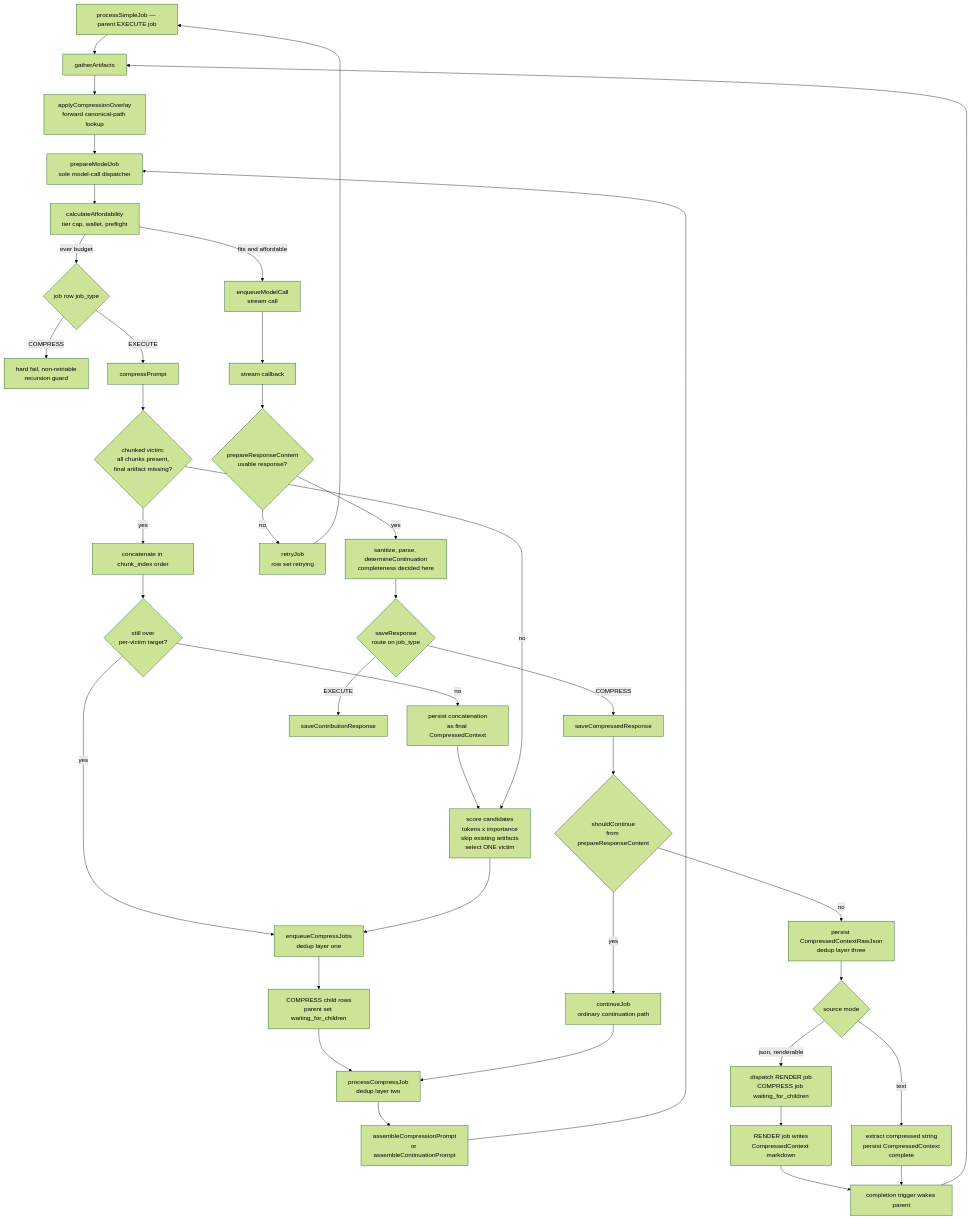
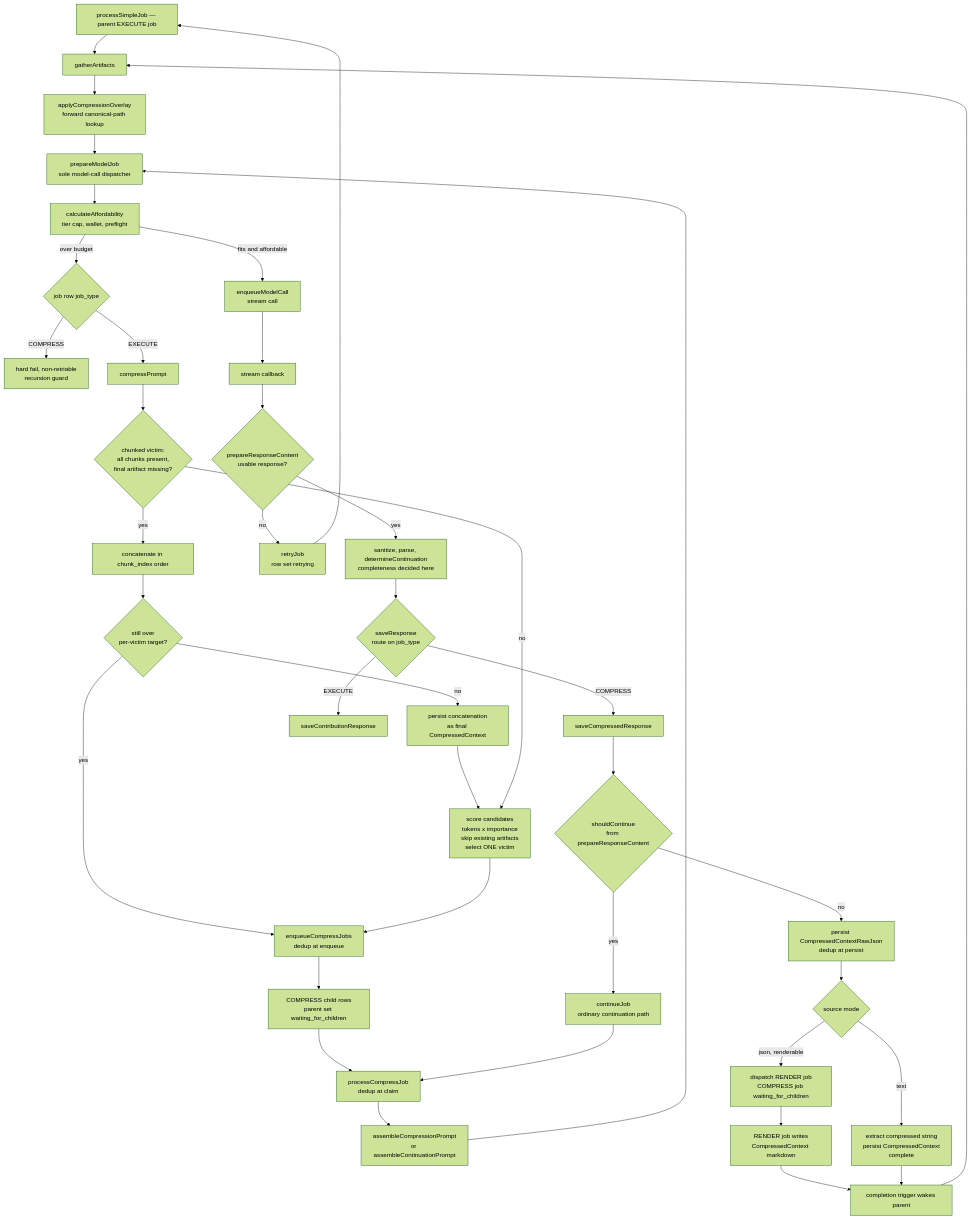
One commit to tsylvester/paynless-framework changed the diagram in docs/implementations/Current/Checklists/Current/Compression Jobs Scope.md. Above: the diagram before and after it, drawn with Mermaid (forest theme). The commit also changed other lines of this file and 15 other files, not shown here.

Commit message:
refactor(dialectic-worker) lift continueJob to a compliant module and land its two-arm return

````diff
--- a/docs/implementations/Current/Checklists/Current/Compression Jobs Scope.md
+++ b/docs/implementations/Current/Checklists/Current/Compression Jobs Scope.md
@@ -5,42 +5,42 @@
 ```mermaid
 flowchart TD
     A["processSimpleJob — parent EXECUTE job"] --> B["gatherArtifacts"]
     B --> C["applyCompressionOverlay<br/>forward canonical-path lookup"]
     C --> D["prepareModelJob<br/>sole model-call dispatcher"]
     D --> E["calculateAffordability<br/>tier cap, wallet, preflight"]
     E -->|fits and affordable| F["enqueueModelCall<br/>stream call"]
     E -->|over budget| G{"job row job_type"}
     G -->|COMPRESS| H["hard fail, non-retriable<br/>recursion guard"]
     G -->|EXECUTE| I["compressPrompt"]
     I --> J{"chunked victim:<br/>all chunks present,<br/>final artifact missing?"}
     J -->|yes| K["concatenate in chunk_index order"]
     K --> L{"still over<br/>per-victim target?"}
     L -->|no| M["persist concatenation<br/>as final CompressedContext"]
     M --> N
     L -->|yes| O
     J -->|no| N["score candidates<br/>tokens x importance<br/>skip existing artifacts<br/>select ONE victim"]
-    N --> O["enqueueCompressJobs<br/>dedup layer one"]
+    N --> O["enqueueCompressJobs<br/>dedup at enqueue"]
     O --> P["COMPRESS child rows<br/>parent set waiting_for_children"]
-    P --> Q["processCompressJob<br/>dedup layer two"]
+    P --> Q["processCompressJob<br/>dedup at claim"]
     Q --> R["assembleCompressionPrompt<br/>or assembleContinuationPrompt"]
     R --> D
     F --> S["stream callback"]
     S --> AE{"prepareResponseContent<br/>usable response?"}
     AE -->|no| AF["retryJob<br/>row set retrying"]
     AF --> A
     AE -->|yes| AG["sanitize, parse, determineContinuation<br/>completeness decided here"]
     AG --> T{"saveResponse<br/>route on job_type"}
     T -->|EXECUTE| U["saveContributionResponse"]
     T -->|COMPRESS| V["saveCompressedResponse"]
     V --> W{"shouldContinue<br/>from prepareResponseContent"}
     W -->|yes| X["continueJob<br/>ordinary continuation path"]
     X --> Q
-    W -->|no| Y["persist CompressedContextRawJson<br/>dedup layer three"]
+    W -->|no| Y["persist CompressedContextRawJson<br/>dedup at persist"]
     Y --> Z{"source mode"}
     Z -->|json, renderable| AA["dispatch RENDER job<br/>COMPRESS job waiting_for_children"]
     Z -->|text| AB["extract compressed string<br/>persist CompressedContext<br/>complete"]
     AA --> AC["RENDER job writes<br/>CompressedContext markdown"]
     AC --> AD["completion trigger wakes parent"]
     AB --> AD
     AD --> B
 ```
````
